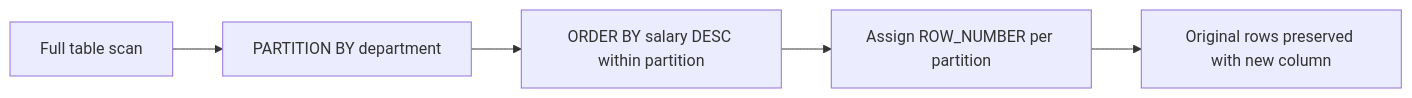
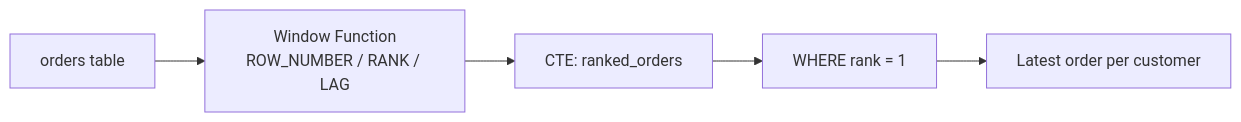
The sixth of 16 diagrams in Roadmap/Programming-Languages/sql/TEMPLATE.md (BakhodiribnYashinibnMansur/SeniorProject), drawn with Mermaid before and after one commit. The commit also changed other lines of this file and 17 other files, not shown here.

First line of the commit message:
update TEMPLATE.md files: add new roadmaps, fix SQL template, improve existing templates

````diff
--- a/Roadmap/Programming-Languages/sql/TEMPLATE.md
+++ b/Roadmap/Programming-Languages/sql/TEMPLATE.md
@@ -1001,7 +844,7 @@
 ```mermaid
 flowchart LR
-    A[Full table scan] --> B[PARTITION BY department]
-    B --> C[ORDER BY salary DESC within partition]
-    C --> D[Assign ROW_NUMBER per partition]
-    D --> E[Original rows preserved with new column]
+    RawData[orders table] --> WF[Window Function\nROW_NUMBER / RANK / LAG]
+    WF --> CTE[CTE: ranked_orders]
+    CTE --> Filter[WHERE rank = 1]
+    Filter --> Result[Latest order per customer]
 ```
````
